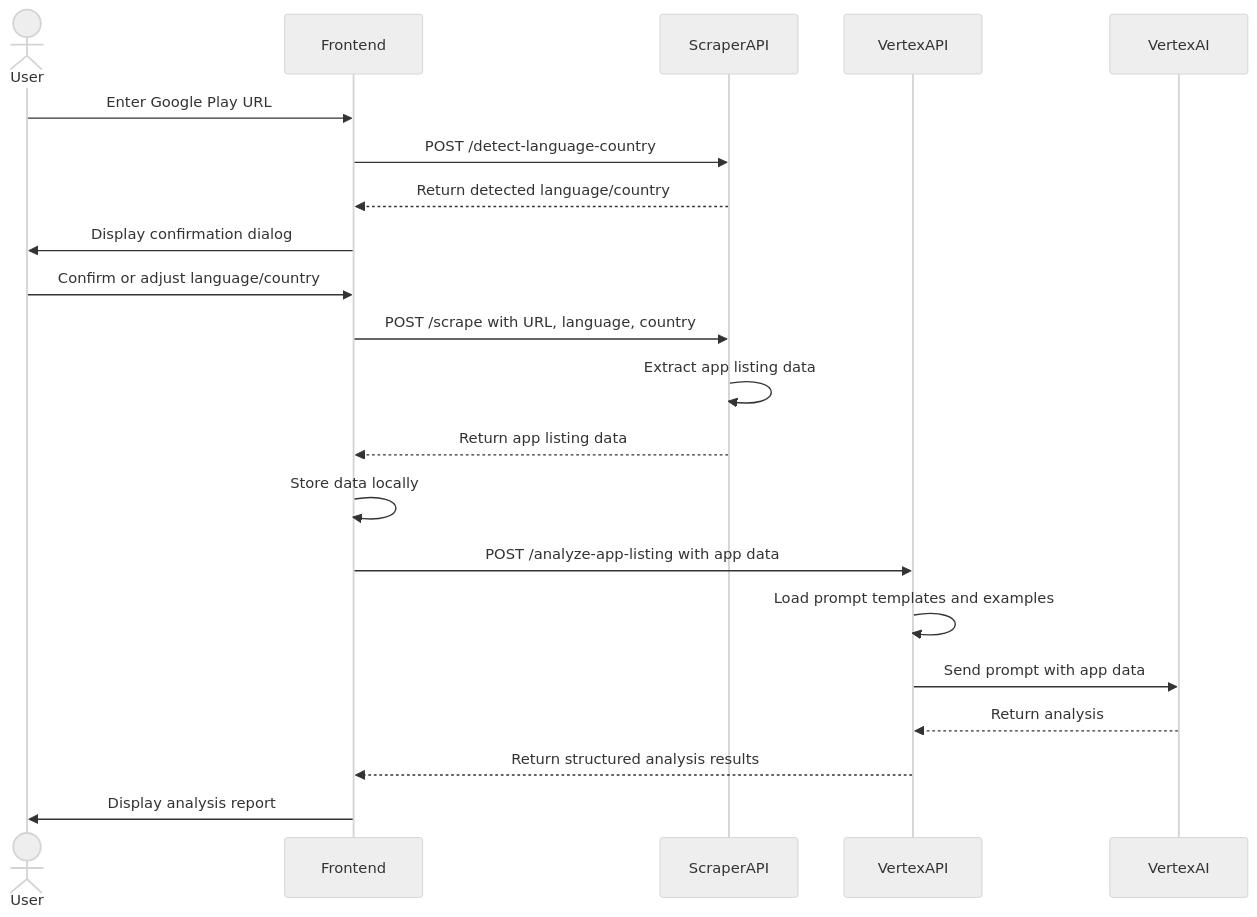
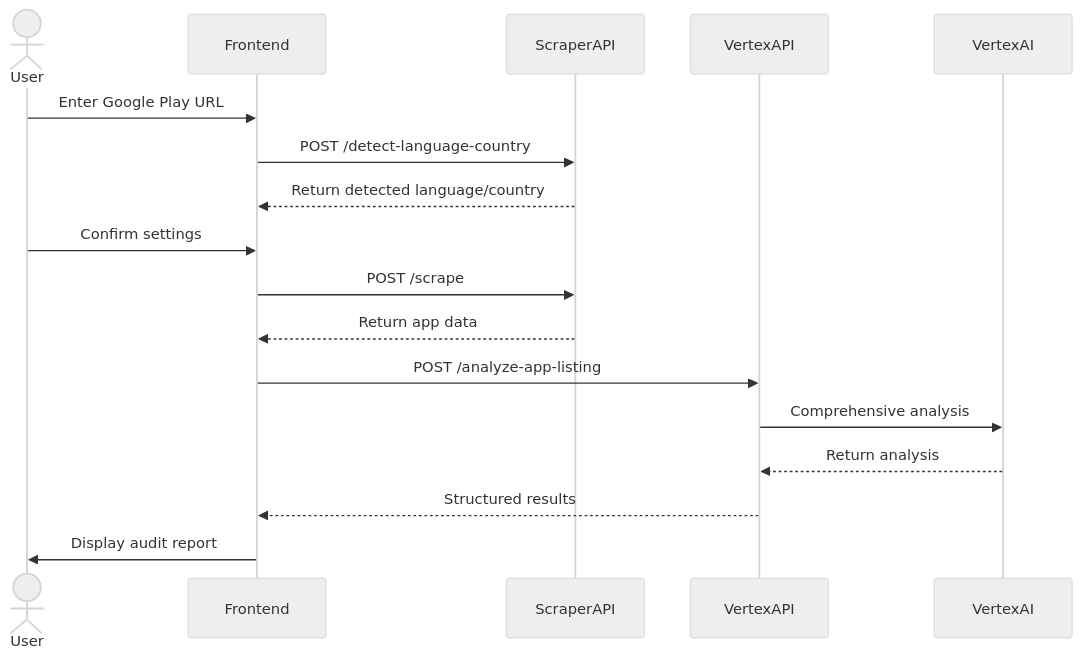
The second of 3 diagrams in README.md (duboc/localizing-ai), drawn with Mermaid (neutral theme) before and after one commit. The commit also changed other lines of this file and 40 other files, not shown here.

````diff
--- a/README.md
+++ b/README.md
@@ -29,27 +103,23 @@
 ```mermaid
 sequenceDiagram
     actor User
     participant Frontend
     participant ScraperAPI
     participant VertexAPI
     participant VertexAI
 
     User->>Frontend: Enter Google Play URL
     Frontend->>ScraperAPI: POST /detect-language-country
     ScraperAPI-->>Frontend: Return detected language/country
-    Frontend->>User: Display confirmation dialog
-    User->>Frontend: Confirm or adjust language/country
+    User->>Frontend: Confirm settings
     
-    Frontend->>ScraperAPI: POST /scrape with URL, language, country
-    ScraperAPI->>ScraperAPI: Extract app listing data
-    ScraperAPI-->>Frontend: Return app listing data
-    Frontend->>Frontend: Store data locally
+    Frontend->>ScraperAPI: POST /scrape
+    ScraperAPI-->>Frontend: Return app data
     
-    Frontend->>VertexAPI: POST /analyze-app-listing with app data
-    VertexAPI->>VertexAPI: Load prompt templates and examples
-    VertexAPI->>VertexAI: Send prompt with app data
+    Frontend->>VertexAPI: POST /analyze-app-listing
+    VertexAPI->>VertexAI: Comprehensive analysis
     VertexAI-->>VertexAPI: Return analysis
-    VertexAPI-->>Frontend: Return structured analysis results
+    VertexAPI-->>Frontend: Structured results
     
-    Frontend->>User: Display analysis report
+    Frontend->>User: Display audit report
 ```
````
